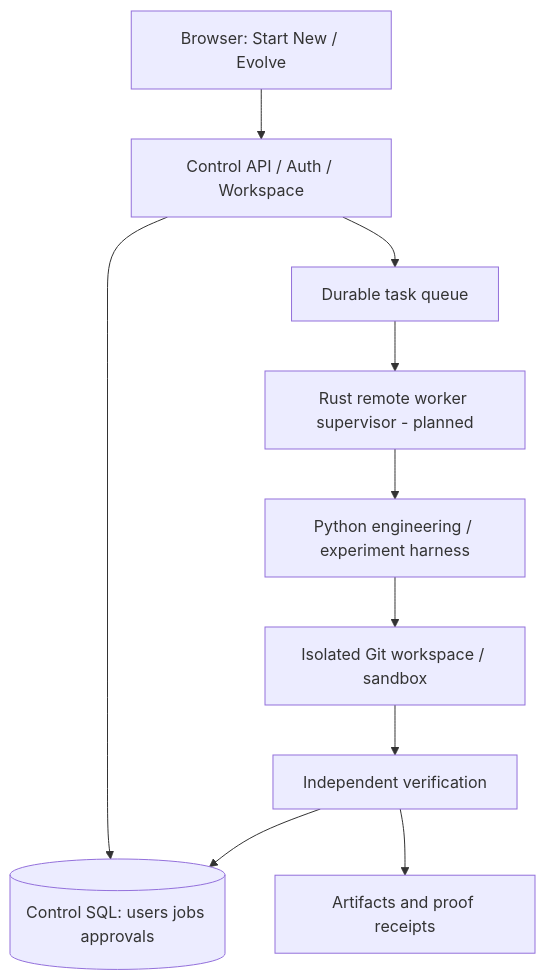
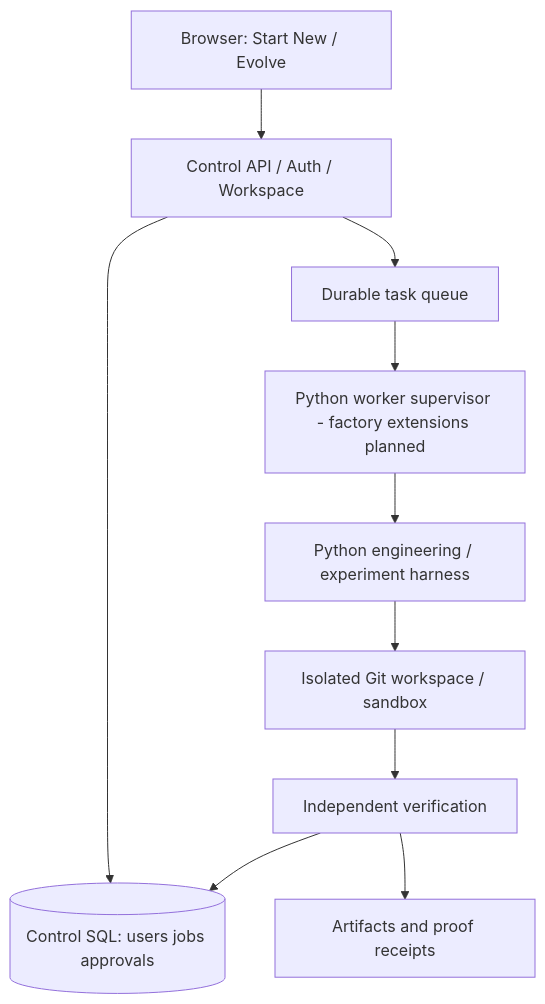
Before and after one commit to suhasaitham22/Oryveta: the diagram in docs/ARCHITECTURE.md, drawn with Mermaid. The commit also changed other lines of this file and 36 other files, not shown here.

````diff
--- a/docs/ARCHITECTURE.md
+++ b/docs/ARCHITECTURE.md
@@ -37,12 +39,12 @@
 ```mermaid
 flowchart TD
     U[Browser: Start New / Evolve] --> C[Control API / Auth / Workspace]
     C --> D[(Control SQL: users jobs approvals)]
     C --> Q[Durable task queue]
-    Q --> R[Rust remote worker supervisor - planned]
+    Q --> R[Python worker supervisor - factory extensions planned]
     R --> P[Python engineering / experiment harness]
     P --> S[Isolated Git workspace / sandbox]
     S --> V[Independent verification]
     V --> A[Artifacts and proof receipts]
     V --> D
 ```
````
